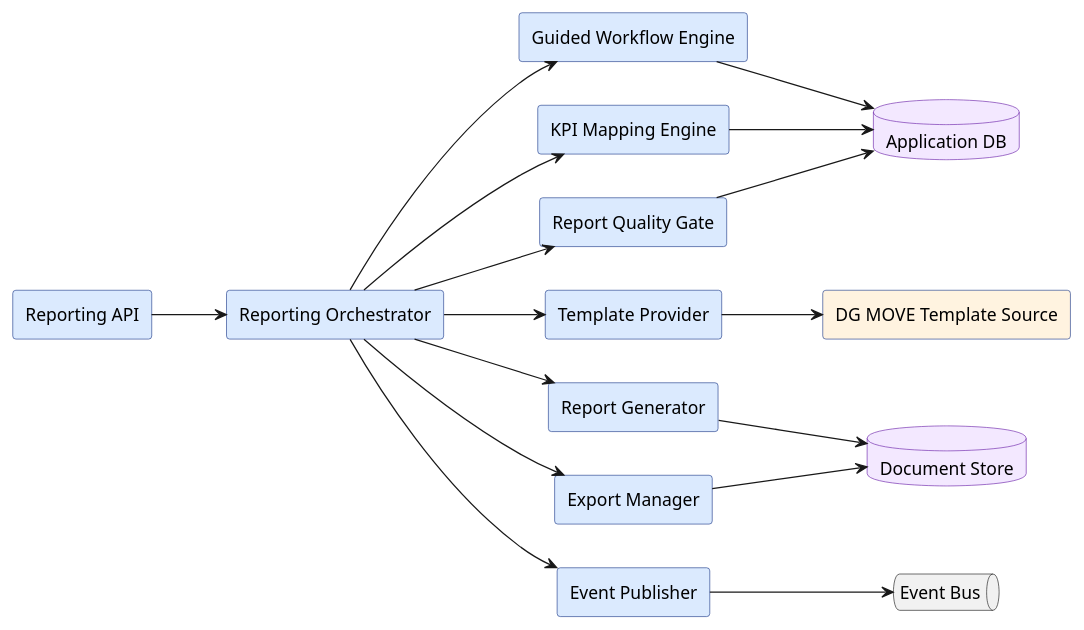
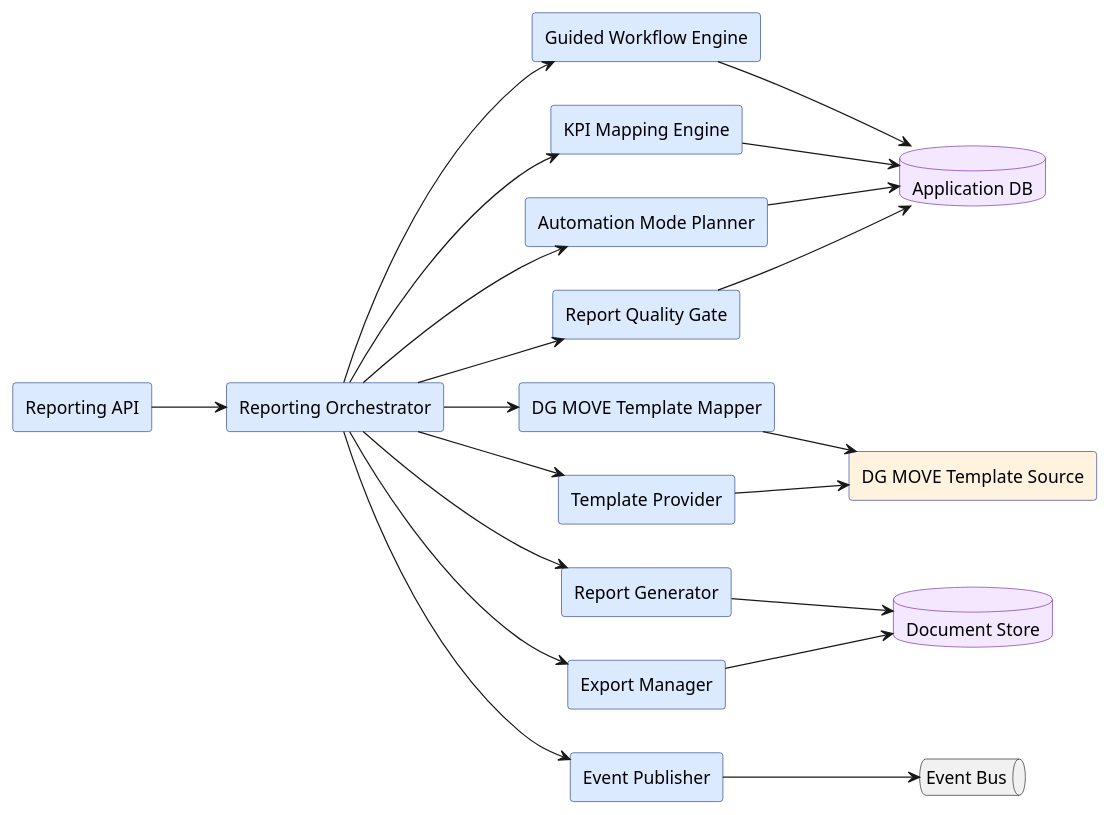
Before and after one commit to UM-KGPI/Napcore-ITS-Reporting: the diagram in docs/architecture/puml/reporting-components.puml, drawn with PlantUML. The commit also changed 11 other files, not shown here.

Commit message:
Refine architecture diagrams against contract requirements

```diff
--- a/docs/architecture/puml/reporting-components.puml
+++ b/docs/architecture/puml/reporting-components.puml
@@ -1,47 +1,53 @@
 @startuml
 ' Reporting Service Components (Level 3/4)
 skinparam shadowing false
 skinparam componentStyle rectangle
 left to right direction
 
 skinparam component {
   BackgroundColor #dbeafe
   BorderColor #1e3a8a
 }
 skinparam database {
   BackgroundColor #f3e8ff
   BorderColor #6b21a8
 }
 
 component "Reporting API" as RAPI
 component "Reporting Orchestrator" as ORCH
 component "Guided Workflow Engine" as GUIDE
 component "KPI Mapping Engine" as MAP
+component "DG MOVE Template Mapper" as DGMAP
 component "Template Provider" as TPL
+component "Automation Mode Planner" as AUTO
 component "Report Generator" as GEN
 component "Report Quality Gate" as QA
 component "Export Manager" as EXP
 component "Event Publisher" as PUB
 
 database "Application DB" as APPDB
 database "Document Store" as DOCS
 queue "Event Bus" as BUS
 component "DG MOVE Template Source" as DGMOVE #fff3e0
 
 RAPI --> ORCH
 ORCH --> GUIDE
 ORCH --> MAP
+ORCH --> DGMAP
 ORCH --> TPL
+ORCH --> AUTO
 ORCH --> GEN
 ORCH --> QA
 ORCH --> EXP
 ORCH --> PUB
 
 GUIDE --> APPDB
 MAP --> APPDB
+DGMAP --> DGMOVE
 TPL --> DGMOVE
+AUTO --> APPDB
 GEN --> DOCS
 QA --> APPDB
 EXP --> DOCS
 PUB --> BUS
 @enduml
```
